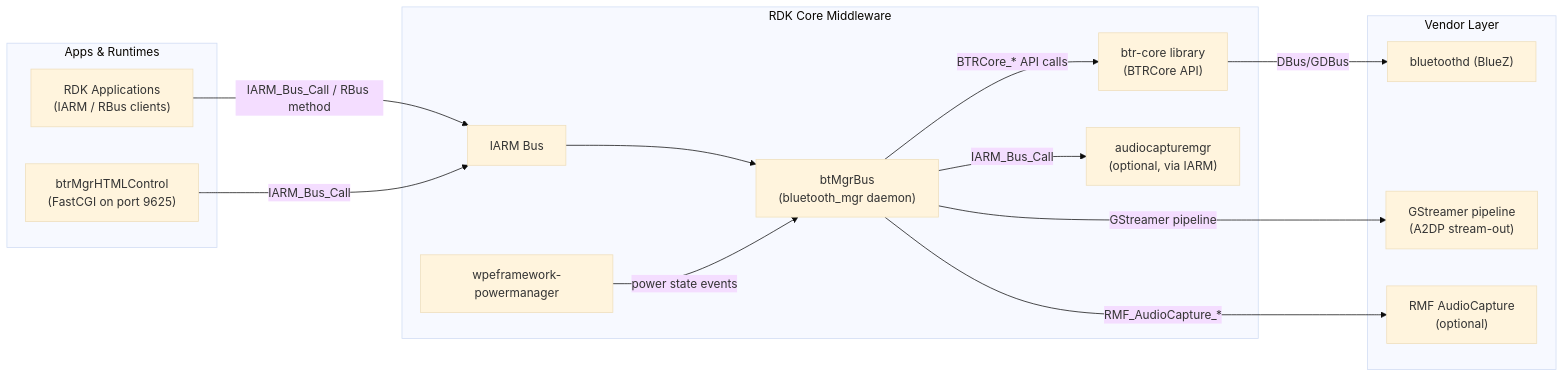
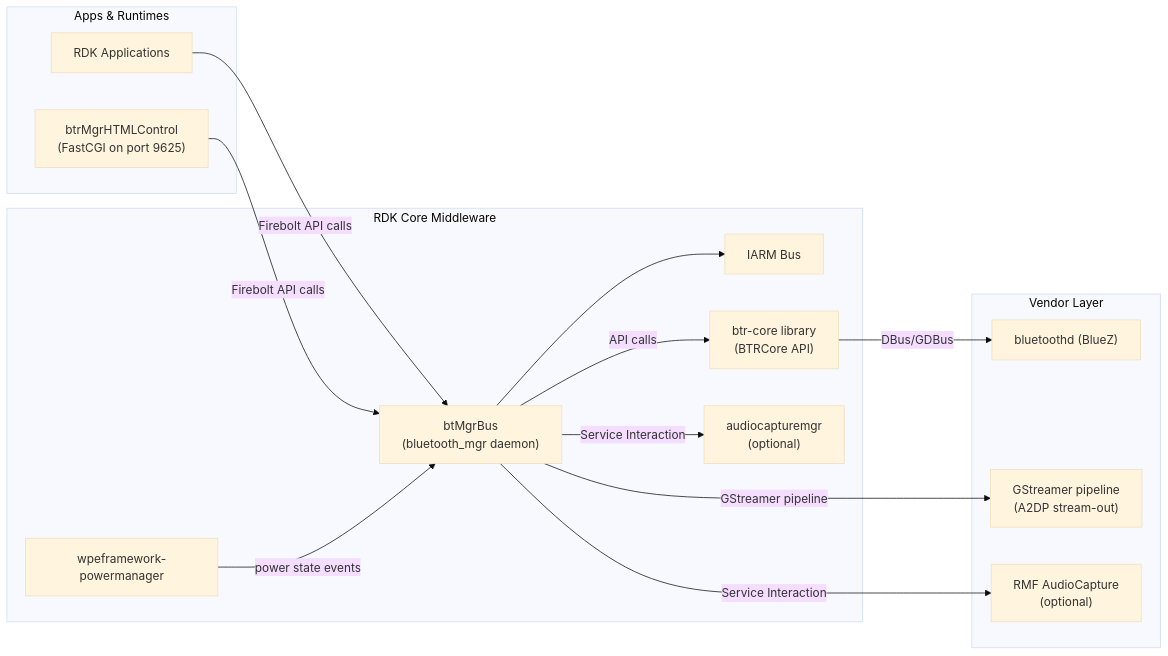
The first of 7 diagrams in docs/docu/RDKV-Documentations/bluetooth-mgr.md (rns21/RDK_Documentation), drawn with Mermaid (base theme) before and after one commit. The commit also changed other lines of this file, not shown here.

````diff
--- a/docs/docu/RDKV-Documentations/bluetooth-mgr.md
+++ b/docs/docu/RDKV-Documentations/bluetooth-mgr.md
@@ -9,36 +9,36 @@
 ```mermaid
 flowchart LR
 
 classDef Apps stroke:#00B9F1,fill:#E6F7FD,stroke-width:2px;
 classDef RDKMW stroke:#75D701,fill:#F1FFE6,stroke-width:2px;
 classDef VL stroke:#808080,fill:#F2F2F2,stroke-width:2px;
 
 subgraph Apps["Apps & Runtimes"]
-    RDKApps["RDK Applications\n(IARM / RBus clients)"]
+    RDKApps["RDK Applications"]
     HTMLCtrl["btrMgrHTMLControl\n(FastCGI on port 9625)"]
 end
 
 subgraph RDKMW["RDK Core Middleware"]
     BTRMGR["btMgrBus\n(bluetooth_mgr daemon)"]
     IARMBUS["IARM Bus"]
     BTRCore["btr-core library\n(BTRCore API)"]
-    ACM["audiocapturemgr\n(optional, via IARM)"]
+    ACM["audiocapturemgr\n(optional)"]
     PowerMgr["wpeframework-powermanager"]
 end
 
 subgraph VL["Vendor Layer"]
     BlueZ["bluetoothd (BlueZ)"]
     GST["GStreamer pipeline\n(A2DP stream-out)"]
     RMF["RMF AudioCapture\n(optional)"]
 end
 
-RDKApps -->|IARM_Bus_Call / RBus method| IARMBUS
-HTMLCtrl -->|IARM_Bus_Call| IARMBUS
-IARMBUS --> BTRMGR
-BTRMGR -->|BTRCore_* API calls| BTRCore
+RDKApps -->|Firebolt API calls| BTRMGR
+HTMLCtrl -->|Firebolt API calls| BTRMGR
+BTRMGR --> IARMBUS
+BTRMGR -->|API calls| BTRCore
 BTRCore -->|DBus/GDBus| BlueZ
 BTRMGR -->|GStreamer pipeline| GST
-BTRMGR -->|IARM_Bus_Call| ACM
-BTRMGR -->|RMF_AudioCapture_*| RMF
+BTRMGR -->|Service Interaction| ACM
+BTRMGR -->|Service Interaction| RMF
 PowerMgr -->|power state events| BTRMGR
 ```
````
